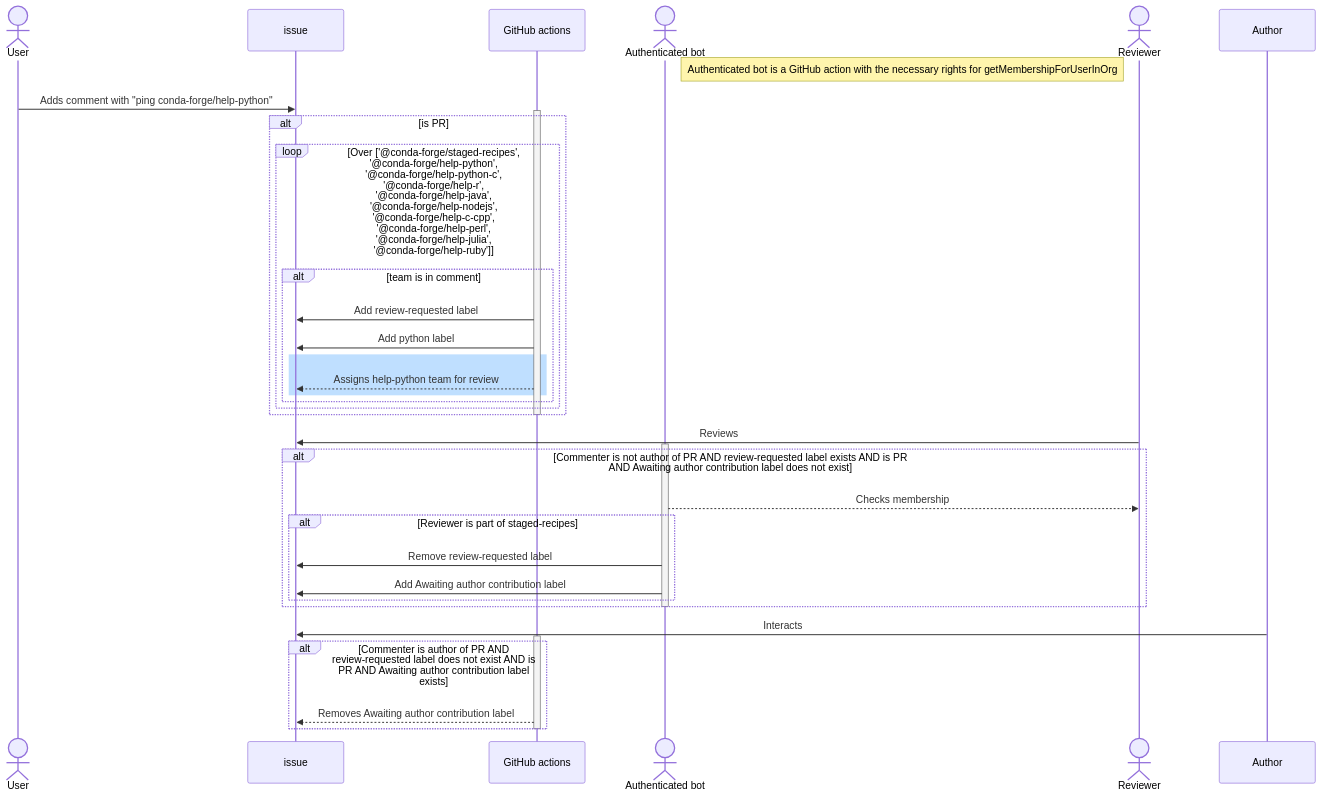
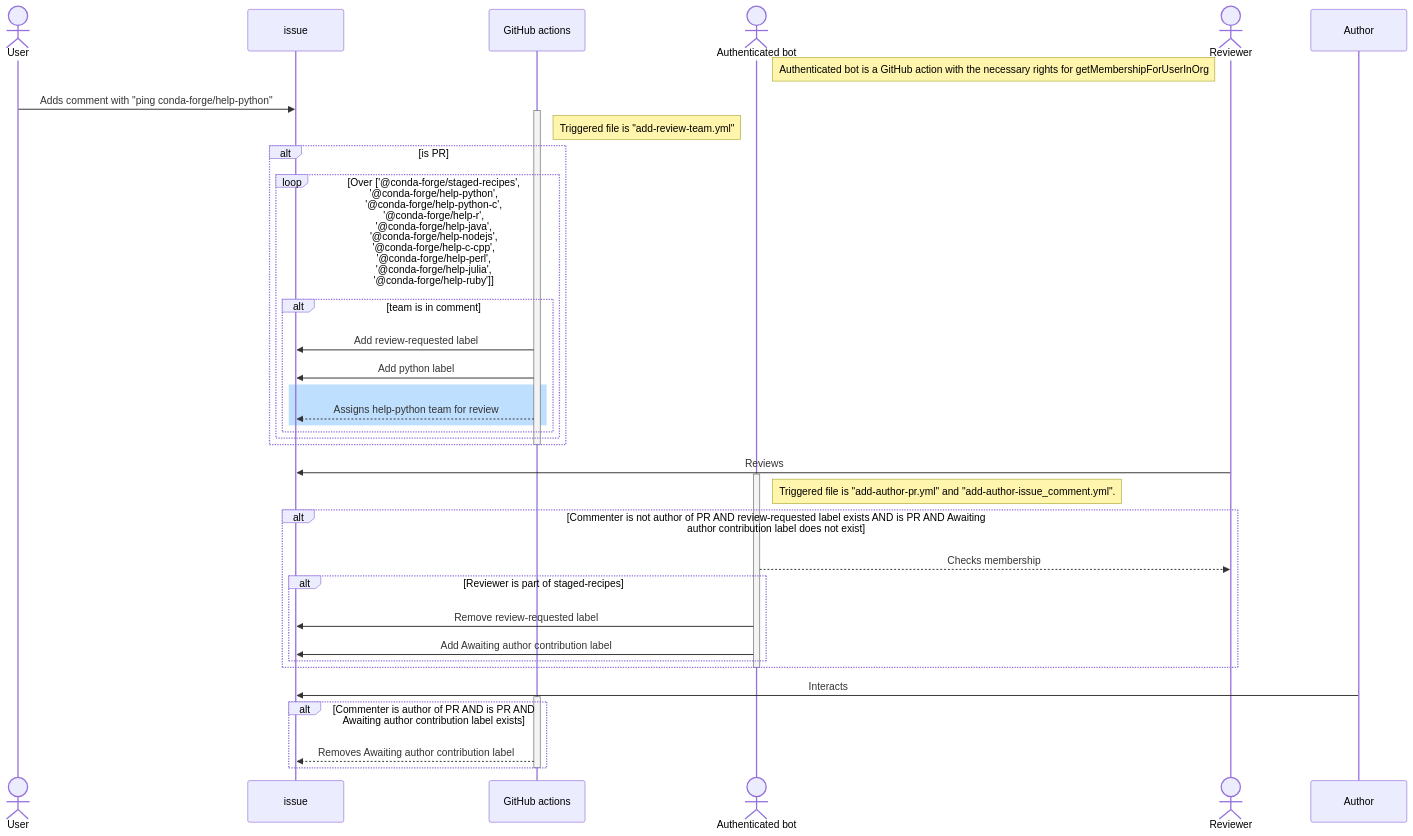
One commit to carterbox/test-labeler changed the diagram in README.md. Above: the diagram before and after it, drawn with Mermaid.

Commit message:
Add notes

````diff
--- a/README.md
+++ b/README.md
@@ -7,39 +7,41 @@
 ```mermaid
 sequenceDiagram
     actor User
     participant issue
     participant GitHub actions
     actor Authenticated bot
     actor Reviewer
     Note right of Authenticated bot: Authenticated bot is a GitHub action with the necessary rights for getMembershipForUserInOrg
     User->>issue: Adds comment with "ping conda-forge/help-python"
     activate GitHub actions
+    Note right of GitHub actions: Triggered file is "add-review-team.yml"
     alt is PR
         loop Over ['@conda-forge/staged-recipes', '@conda-forge/help-python', '@conda-forge/help-python-c', '@conda-forge/help-r', '@conda-forge/help-java', '@conda-forge/help-nodejs', '@conda-forge/help-c-cpp', '@conda-forge/help-perl', '@conda-forge/help-julia', '@conda-forge/help-ruby']
             alt team is in comment
                 GitHub actions->>issue: Add review-requested label
                 GitHub actions->>issue: Add python label
                 rect rgb(191, 223, 255)
                     GitHub actions-->>issue: Assigns help-python team for review
                 end 
             end 
         end
     end
     deactivate GitHub actions
     Reviewer->>issue: Reviews
     activate Authenticated bot
+    Note right of Authenticated bot: Triggered file is "add-author-pr.yml" and "add-author-issue_comment.yml".
     alt Commenter is not author of PR AND review-requested label exists AND is PR AND Awaiting author contribution label does not exist
         Authenticated bot-->>Reviewer: Checks membership
         alt Reviewer is part of staged-recipes
             Authenticated bot->>issue: Remove review-requested label
             Authenticated bot->>issue: Add Awaiting author contribution label
         end 
     end
     deactivate Authenticated bot
     Author->>issue: Interacts
     activate GitHub actions
-    alt Commenter is author of PR AND review-requested label does not exist AND is PR AND Awaiting author contribution label exists
+    alt Commenter is author of PR AND is PR AND Awaiting author contribution label exists
         GitHub actions-->>issue: Removes Awaiting author contribution label
     end
     deactivate GitHub actions
 ```
````
